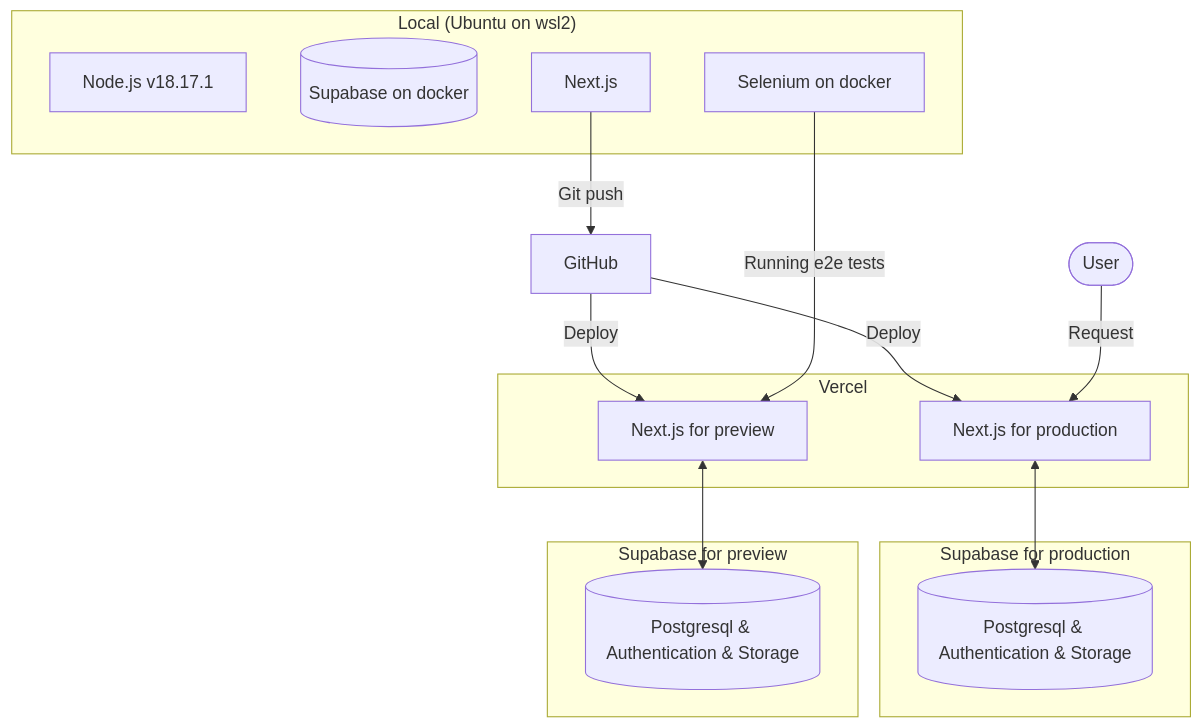
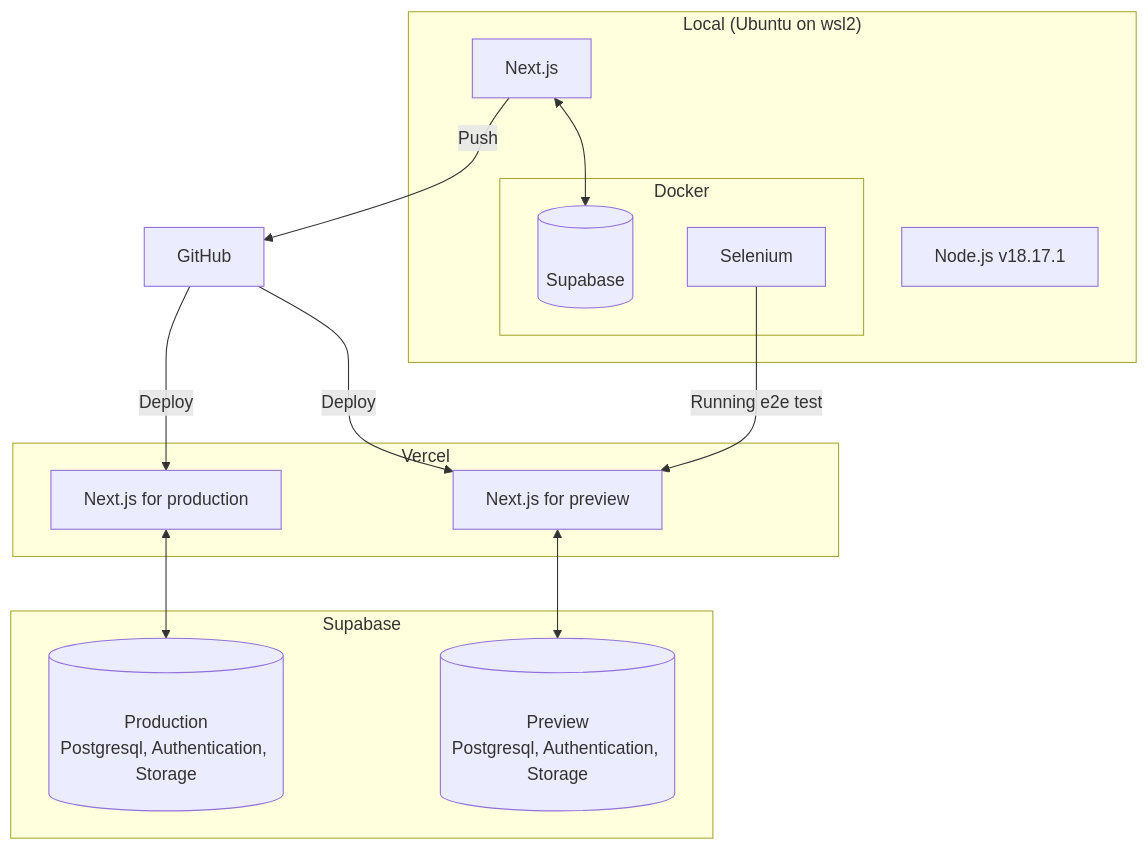
One commit to ucho456job/lgtmeme_frontend changed the diagram in README.md. Above: the diagram before and after it, drawn with Mermaid. The commit also changed other lines of this file, not shown here.

````diff
--- a/README.md
+++ b/README.md
@@ -28,28 +28,27 @@
 ```mermaid
 graph TD;
   subgraph "Local (Ubuntu on wsl2)"
-    Node[Node.js v18.17.1]
-    Supabase[(Supabase on docker)]
-    Selenium[Selenium on docker]
     Next.js[Next.js]
+    Node.js[Node.js v18.17.1]
+    subgraph "Docker"
+      SupaLocal[(<br>Supabase)]
+      Selenium[Selenium]
+    end
   end
   GitHub[GitHub]
   subgraph "Vercel"
     Prod[Next.js for production]
     Pre[Next.js for preview]
   end
-  subgraph "Supabase for production"
-    SupaProd[(Postgresql & Authentication & Storage)]
+  subgraph "Supabase"
+    SupaProd[(<br>Production<br>Postgresql, Authentication, Storage)]
+    SupaPre[(<br>Preview<br>Postgresql, Authentication, Storage)]
   end
-  subgraph "Supabase for preview"
-    SupaPre[(Postgresql & Authentication & Storage)]
-  end
-  User([User])
-  Next.js--Git push-->GitHub;
+  Next.js<-->SupaLocal;
+  Next.js--Push-->GitHub;
   GitHub--Deploy-->Prod;
   GitHub--Deploy-->Pre;
   Prod<-->SupaProd;
   Pre<-->SupaPre;
-  Selenium--Running e2e tests-->Pre;
-  User--Request-->Prod;
+  Selenium--Running e2e test-->Pre;
 ```
````
